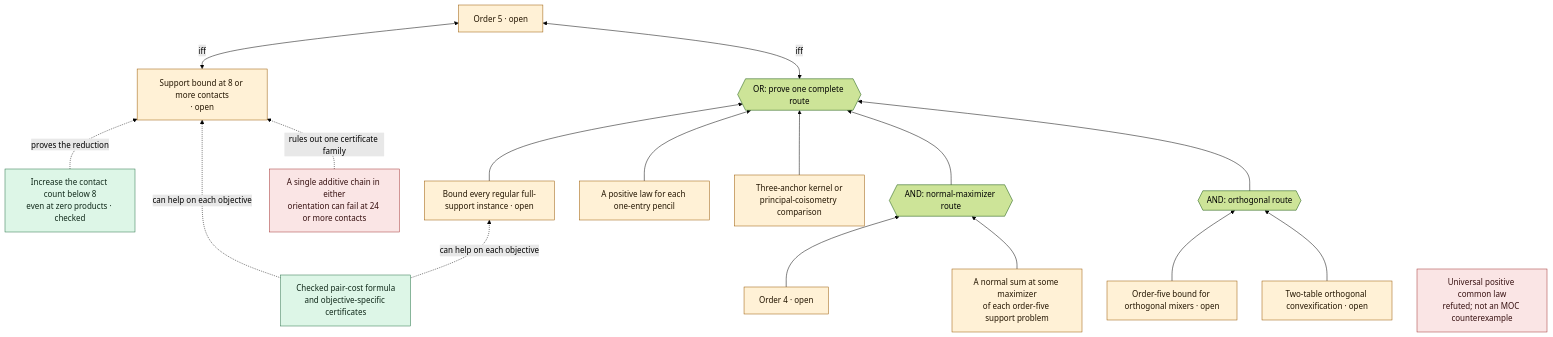
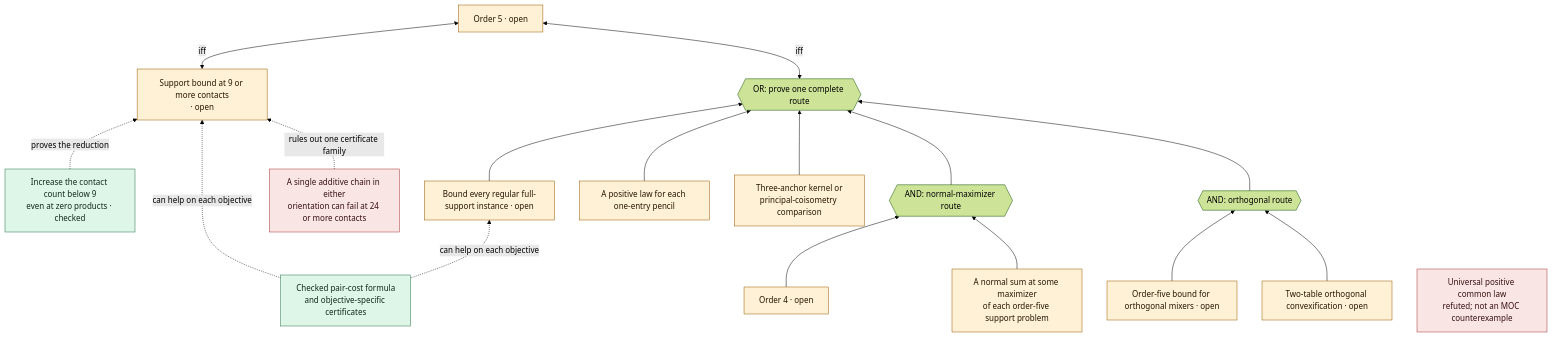
One commit to ascendnoosphere/MOC changed the third of 4 diagrams in Lean/ProofTree.md. Above: the diagram before and after it, drawn with Mermaid (forest theme). The commit also changed other lines of this file and 24 other files, not shown here.

Commit message:
MOC: prove the sharp varying-gap contact reduction

````diff
--- a/Lean/ProofTree.md
+++ b/Lean/ProofTree.md
@@ -72,37 +72,37 @@
 ```mermaid
 flowchart BT
     FIVE["Order 5 · open"]:::open
     OR5{{"OR: prove one complete route"}}
     DENSE["Bound every regular full-support instance · open"]:::open
     PENCIL["A positive law for each one-entry pencil"]:::open
     CHART["Three-anchor kernel or<br/>principal-coisometry comparison"]:::open
     ANDN{{"AND: normal-maximizer route"}}
     FOUR["Order 4 · open"]:::open
     NORMAL["A normal sum at some maximizer<br/>of each order-five support problem"]:::open
-    TRANSFER["Increase the contact count below 8<br/>even at zero products · checked"]:::checked
-    EIGHT["Support bound at 8 or more contacts<br/>· open"]:::open
+    TRANSFER["Increase the contact count below 9<br/>even at zero products · checked"]:::checked
+    NINE["Support bound at 9 or more contacts<br/>· open"]:::open
     ANDO{{"AND: orthogonal route"}}
     REAL["Order-five bound for orthogonal mixers · open"]:::open
     MIX["Two-table orthogonal convexification · open"]:::open
     CHAIN["A single additive chain in either<br/>orientation can fail at 24 or more contacts"]:::blocked
     COST["Checked pair-cost formula<br/>and objective-specific certificates"]:::checked
     DEAD["Universal positive common law<br/>refuted; not an MOC counterexample"]:::blocked
     DENSE --> OR5
     PENCIL --> OR5
     CHART --> OR5
     FOUR --> ANDN
     NORMAL --> ANDN
-    TRANSFER -. proves the reduction .-> EIGHT
-    EIGHT <-->|iff| FIVE
+    TRANSFER -. proves the reduction .-> NINE
+    NINE <-->|iff| FIVE
     REAL --> ANDO
     MIX --> ANDO
     ANDN --> OR5
     ANDO --> OR5
     COST -. can help on each objective .-> DENSE
-    COST -. can help on each objective .-> EIGHT
-    CHAIN -. rules out one certificate family .-> EIGHT
+    COST -. can help on each objective .-> NINE
+    CHAIN -. rules out one certificate family .-> NINE
     OR5 <-->|iff| FIVE
     classDef open fill:#fff1d6,stroke:#9a5900,color:#231500
     classDef checked fill:#ddf6e7,stroke:#287348,color:#10291a
     classDef blocked fill:#fae5e5,stroke:#a33434,color:#361010
 ```
````
